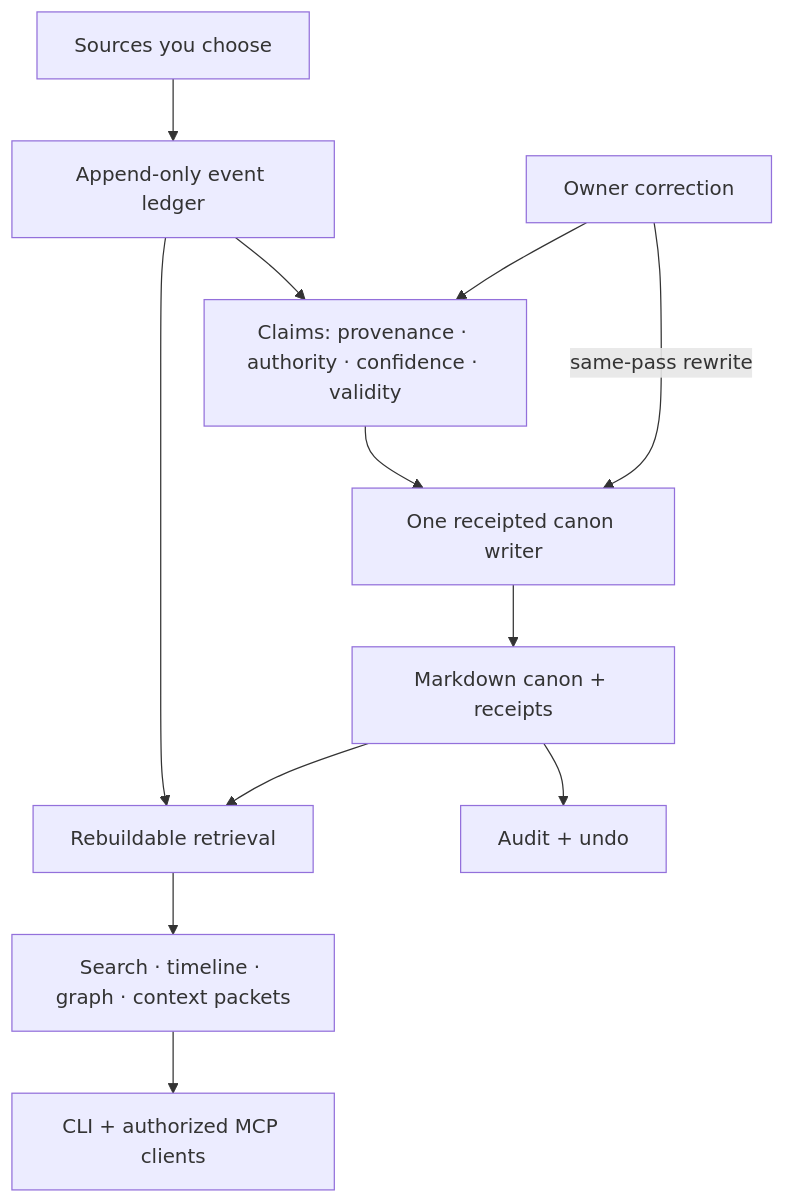
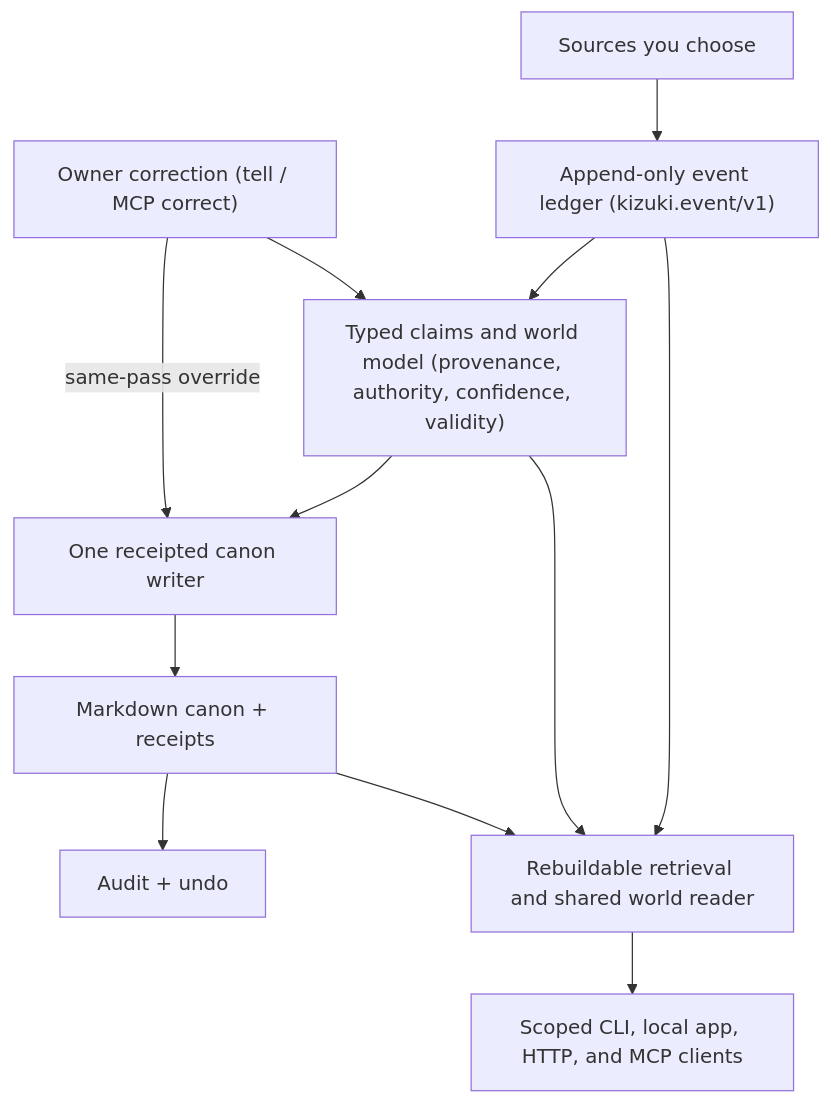
One commit to Illuminfti/kizuki changed the diagram in README.md. Above: the diagram before and after it, drawn with Mermaid. The commit also changed other lines of this file, not shown here.

````diff
--- a/README.md
+++ b/README.md
@@ -254,14 +402,14 @@
 ```mermaid
 flowchart TD
-  sources["Sources you choose"] --> ledger["Append-only event ledger"]
-  ledger --> claims["Claims: provenance · authority · confidence · validity"]
+  sources["Sources you choose"] --> ledger["Append-only event ledger (kizuki.event/v1)"]
+  ledger --> claims["Typed claims and world model (provenance, authority, confidence, validity)"]
   claims --> writer["One receipted canon writer"]
-  correction["Owner correction"] --> claims
-  correction -->|"same-pass rewrite"| writer
+  correction["Owner correction (tell / MCP correct)"] --> claims
+  correction -->|"same-pass override"| writer
   writer --> canon["Markdown canon + receipts"]
-  ledger --> retrieval["Rebuildable retrieval"]
+  canon --> audit["Audit + undo"]
+  ledger --> retrieval["Rebuildable retrieval and shared world reader"]
+  claims --> retrieval
   canon --> retrieval
-  retrieval --> context["Search · timeline · graph · context packets"]
-  context --> clients["CLI + authorized MCP clients"]
-  canon --> audit["Audit + undo"]
+  retrieval --> clients["Scoped CLI, local app, HTTP, and MCP clients"]
 ```
````
